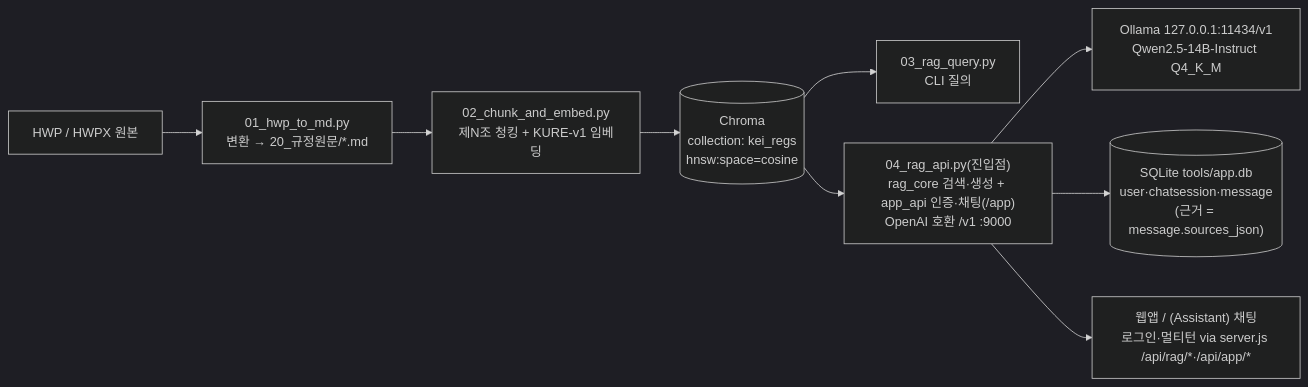
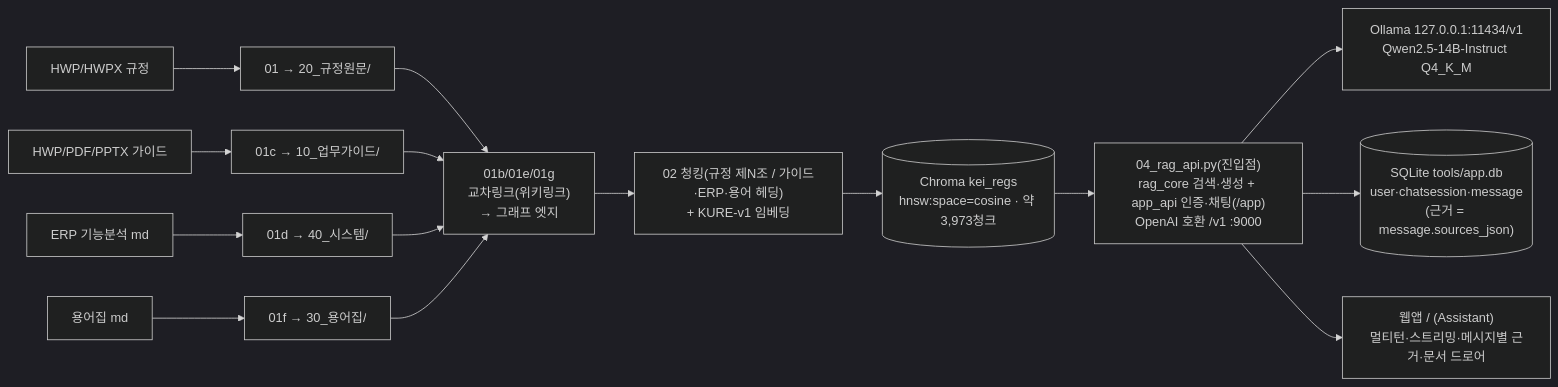
Before and after one commit to mooner92/KEIAdminSuperv: the second of 3 diagrams in README.md, drawn with Mermaid (dark theme). The commit also changed other lines of this file and 6 other files, not shown here.

First line of the commit message:
docs: 문서 현행화 — 4개 섹션·271문서·교차링크·스트리밍·다크모드 + 간트 갱신

````diff
--- a/README.md
+++ b/README.md
@@ -199,11 +214,17 @@
 ```mermaid
 flowchart LR
-    HWP["HWP / HWPX 원본"] --> S01["01_hwp_to_md.py<br/>변환 → 20_규정원문/*.md"]
-    S01 --> S02["02_chunk_and_embed.py<br/>제N조 청킹 + KURE-v1 임베딩"]
-    S02 --> Chroma[("Chroma<br/>collection: kei_regs<br/>hnsw:space=cosine")]
-    Chroma --> S03["03_rag_query.py<br/>CLI 질의"]
+    HWP["HWP/HWPX 규정"] --> S01["01 → 20_규정원문/"]
+    GD["HWP/PDF/PPTX 가이드"] --> S1C["01c → 10_업무가이드/"]
+    ERP["ERP 기능분석 md"] --> S1D["01d → 40_시스템/"]
+    TRM["용어집 md"] --> S1F["01f → 30_용어집/"]
+    S01 --> XL["01b/01e/01g<br/>교차링크(위키링크)<br/>→ 그래프 엣지"]
+    S1C --> XL
+    S1D --> XL
+    S1F --> XL
+    XL --> S02["02 청킹(규정 제N조 / 가이드·ERP·용어 헤딩)<br/>+ KURE-v1 임베딩"]
+    S02 --> Chroma[("Chroma kei_regs<br/>hnsw:space=cosine · 약 3,973청크")]
     Chroma --> S04["04_rag_api.py(진입점)<br/>rag_core 검색·생성 + app_api 인증·채팅(/app)<br/>OpenAI 호환 /v1 :9000"]
     S04 --> Ollama["Ollama 127.0.0.1:11434/v1<br/>Qwen2.5-14B-Instruct Q4_K_M"]
     S04 --> DB[("SQLite tools/app.db<br/>user·chatsession·message<br/>(근거 = message.sources_json)")]
-    S04 --> Chat["웹앱 / (Assistant) 채팅<br/>로그인·멀티턴 via server.js /api/rag/*·/api/app/*"]
+    S04 --> Chat["웹앱 / (Assistant)<br/>멀티턴·스트리밍·메시지별 근거·문서 드로어"]
 ```
````
